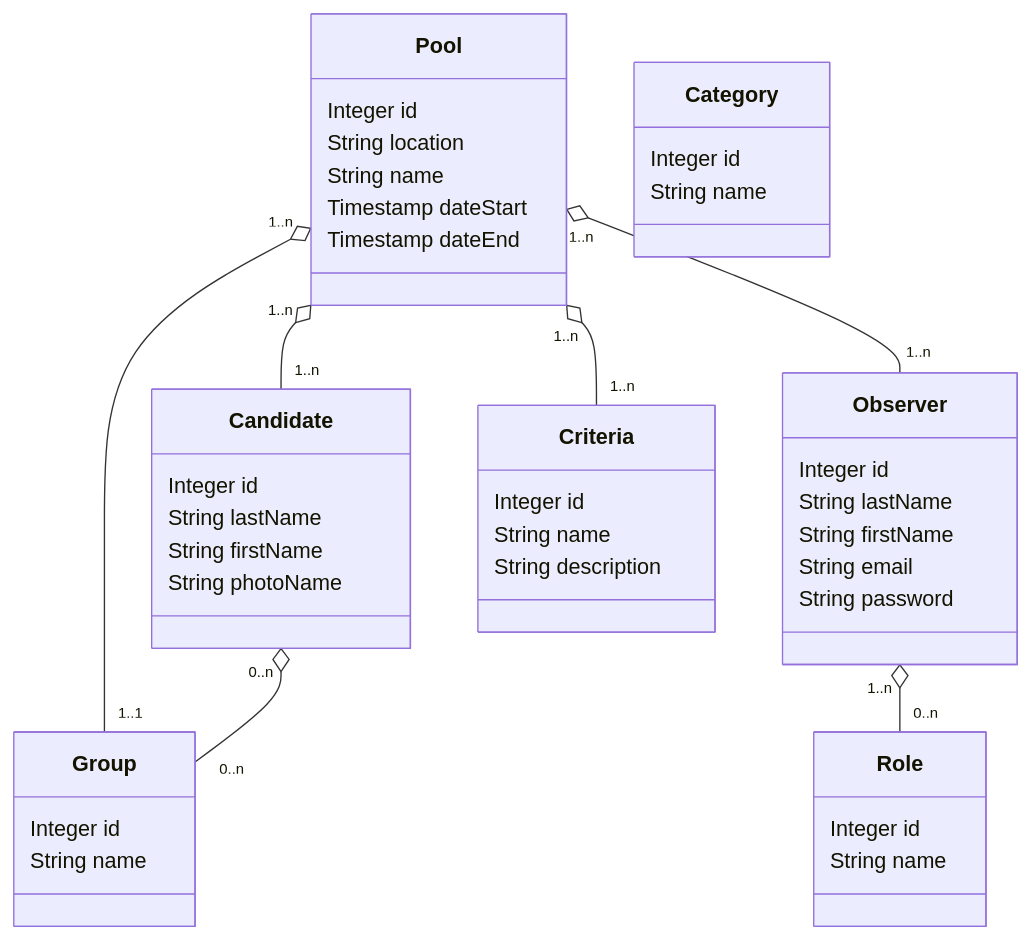
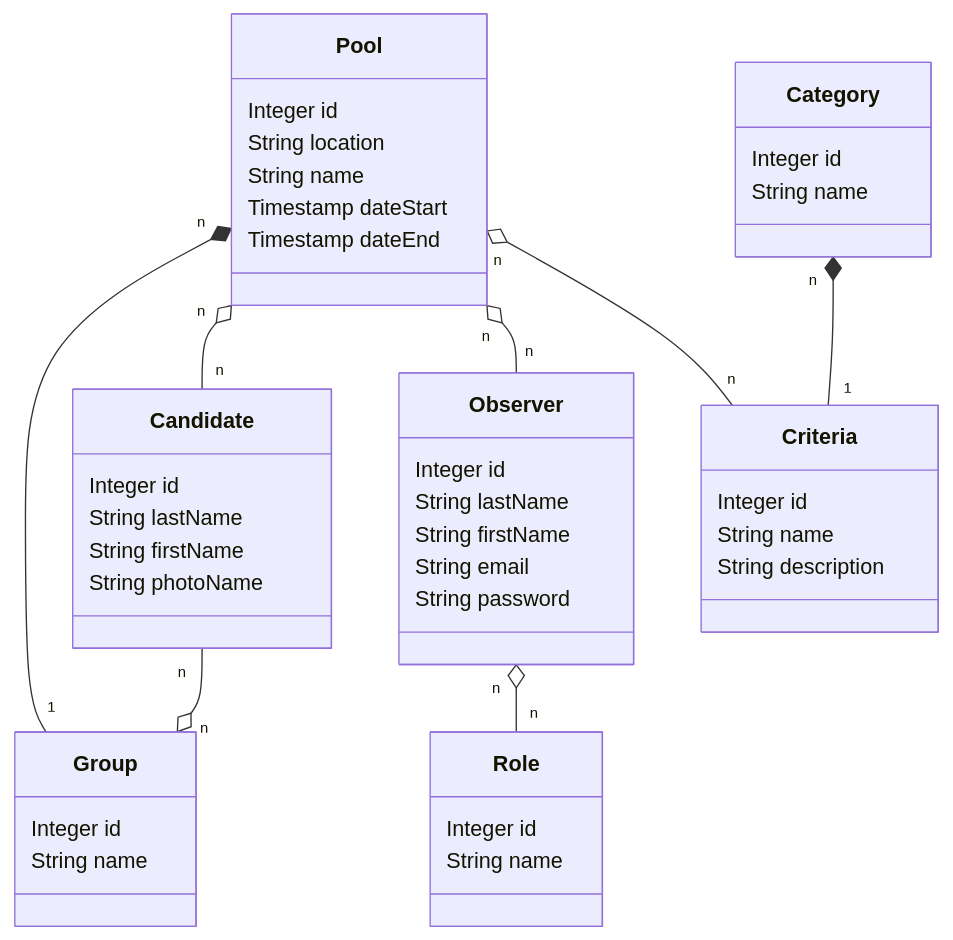
One commit to aflori/projetAPI changed the diagram in src/umlDiagram/DbDiagram.md. Above: the diagram before and after it, drawn with Mermaid.

Commit message:
imported category links into db diagram

````diff
--- a/src/umlDiagram/DbDiagram.md
+++ b/src/umlDiagram/DbDiagram.md
@@ -1,47 +1,48 @@
 ```mermaid
 classDiagram
-    class Pool 
+    class Pool
     class Candidate
+    class Role
+    class Group
     class Observer
+    class Category
     class Criteria
-    class Group
-    class Category
-    class Role
 
-    Pool "1..n" o-- "1..1" Group
-    Pool "1..n" o-- "1..n" Criteria
-    Pool "1..n" o-- "1..n" Candidate
-    Pool "1..n" o-- "1..n" Observer
-    Observer "1..n" o-- "0..n" Role
-    Candidate "0..n" o-- "0..n" Group
+    Pool "n" *-- "1" Group
+    Pool "n" o-- "n" Candidate
+    Pool "n" o-- "n" Observer
+    Observer "n" o-- "n" Role
+    Candidate "n" --o "n" Group
+    Category "n" *-- "1" Criteria
+    Pool "n" o-- "n" Criteria
 
     Pool: Integer id
     Pool: String location
     Pool: String name
     Pool: Timestamp dateStart
     Pool: Timestamp dateEnd
 
     Observer: Integer id
     Observer: String lastName
     Observer: String firstName
     Observer: String email
     Observer: String password
     
     Category: Integer id
     Category: String name
 
     Candidate: Integer id
     Candidate: String lastName
     Candidate: String firstName
     Candidate: String photoName
     
     Role: Integer id
     Role: String name
     
     Group: Integer id
     Group: String name
 
     Criteria: Integer id
     Criteria: String name
     Criteria: String description
 ```
````
